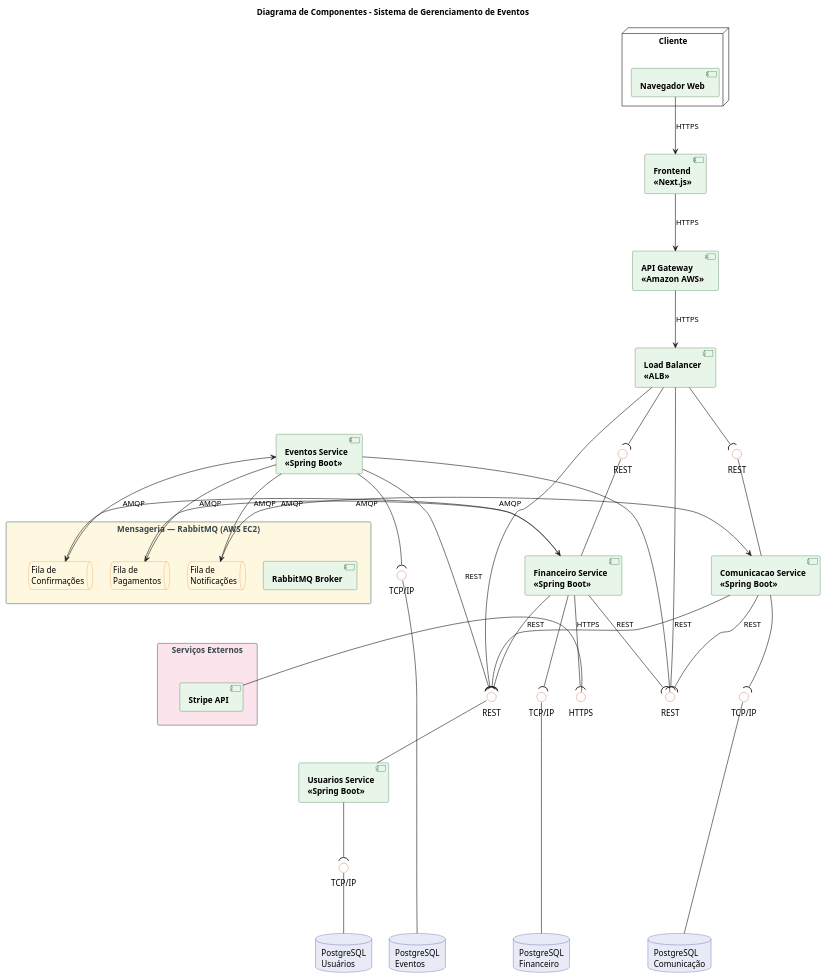
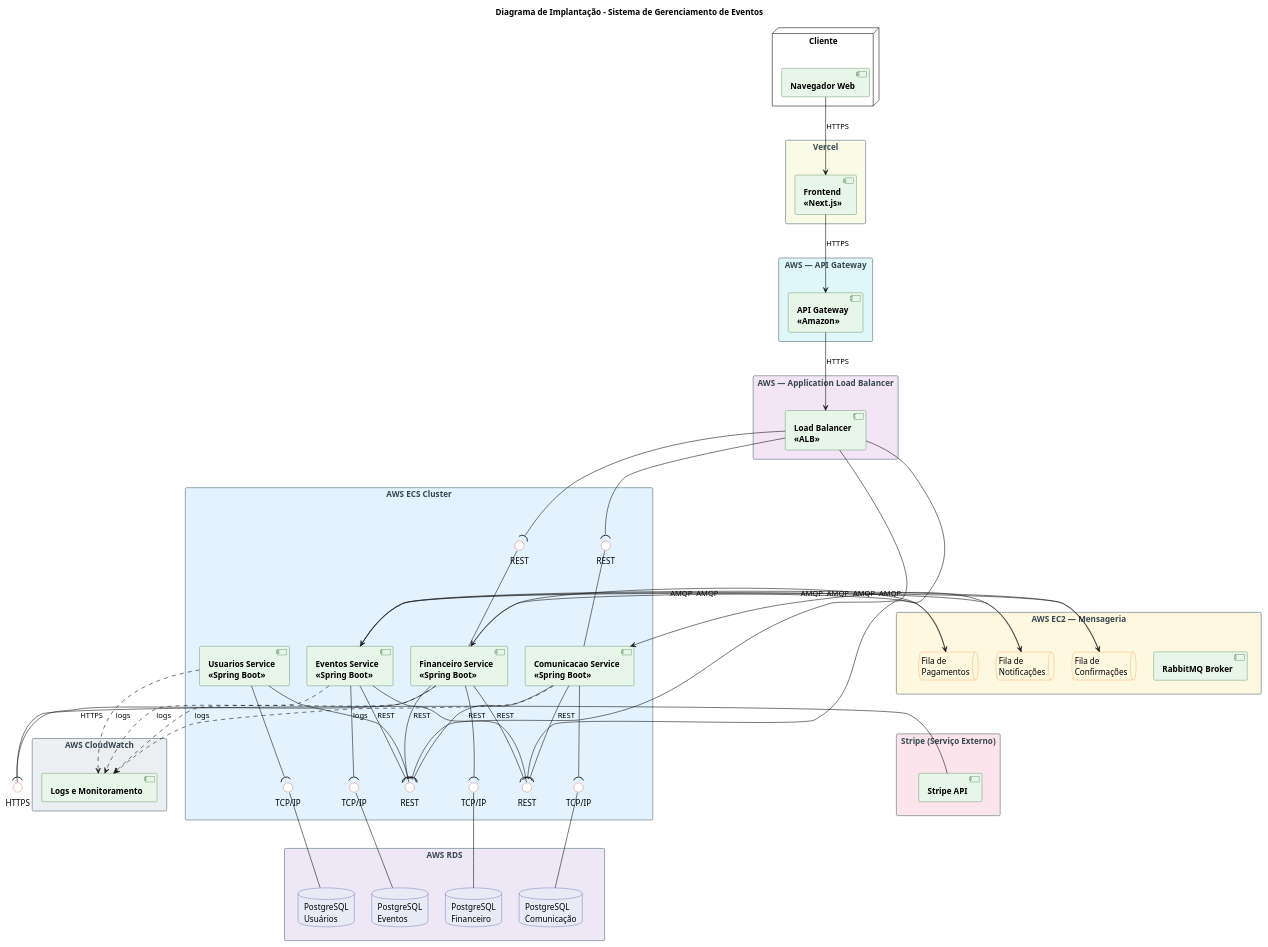
One commit to arturbomtempo-learning/software-project-final-work changed the diagram in codes/deployment-diagram/deployment-diagram.puml. Above: the diagram before and after it, drawn with PlantUML. The commit also changed 5 other files, not shown here.

```diff
--- a/codes/deployment-diagram/deployment-diagram.puml
+++ b/codes/deployment-diagram/deployment-diagram.puml
@@ -1,130 +1,151 @@
-@startuml component-diagram
+@startuml implantation-diagram
 
-title Diagrama de Componentes - Sistema de Gerenciamento de Eventos
+title Diagrama de Implantação - Sistema de Gerenciamento de Eventos
 
 skinparam nodesep 30
 skinparam ranksep 80
 
 skinparam component {
   BackgroundColor #E8F5E9
   BorderColor #1B5E20
   FontStyle bold
 }
 
 skinparam database {
   BackgroundColor #E8EAF6
   BorderColor #283593
 }
 
 skinparam interface {
   BackgroundColor #FFFFFF
   BorderColor #BF360C
 }
 
 skinparam queue {
   BackgroundColor #FFF8E1
   BorderColor #F57F17
 }
 
 skinparam rectangle {
   BorderColor #546E7A
   FontColor #37474F
 }
 
 node "Cliente" {
     [Navegador Web] as WEB
 }
 
-[Frontend\n<<Next.js>>] as FRONT
+rectangle "Vercel" as VERCEL #F9FBE7 {
+    [Frontend\n<<Next.js>>] as FRONT
+}
 
 WEB --> FRONT : HTTPS
 
-[API Gateway\n<<Amazon AWS>>] as APIGW
+rectangle "AWS — API Gateway" as AWSGW #E0F7FA {
+    [API Gateway\n<<Amazon>>] as APIGW
+}
 
 FRONT --> APIGW : HTTPS
 
-[Load Balancer\n<<ALB>>] as ALB
+rectangle "AWS — Application Load Balancer" as AWSALB #F3E5F5 {
+    [Load Balancer\n<<ALB>>] as ALB
+}
 
 APIGW --> ALB : HTTPS
 
-interface "REST" as iUSER
-interface "REST" as iEVENTS
-interface "REST" as iFIN
-interface "REST" as iCOMM
+rectangle "AWS ECS Cluster" as ECS #E3F2FD {
 
-ALB --( iUSER
-ALB --( iEVENTS
-ALB --( iFIN
-ALB --( iCOMM
+    interface "REST" as iUSER
+    interface "REST" as iEVENTS
+    interface "REST" as iFIN
+    interface "REST" as iCOMM
 
-[Usuarios Service\n<<Spring Boot>>]    as USERS
-[Eventos Service\n<<Spring Boot>>]     as EVENTS
-[Financeiro Service\n<<Spring Boot>>]  as FIN
-[Comunicacao Service\n<<Spring Boot>>] as COMM
+    ALB --( iUSER
+    ALB --( iEVENTS
+    ALB --( iFIN
+    ALB --( iCOMM
 
-USERS  -up- iUSER
-EVENTS -up- iEVENTS
-FIN    -up- iFIN
-COMM   -up- iCOMM
+    [Usuarios Service\n<<Spring Boot>>]    as USERS
+    [Eventos Service\n<<Spring Boot>>]     as EVENTS
+    [Financeiro Service\n<<Spring Boot>>]  as FIN
+    [Comunicacao Service\n<<Spring Boot>>] as COMM
 
-EVENTS --( iUSER   : REST
-FIN    --( iUSER   : REST
-COMM   --( iUSER   : REST
-FIN    --( iEVENTS : REST
-COMM   --( iEVENTS : REST
+    USERS  -up- iUSER
+    EVENTS -up- iEVENTS
+    FIN    -up- iFIN
+    COMM   -up- iCOMM
 
-interface "TCP/IP" as iDB1
-interface "TCP/IP" as iDB2
-interface "TCP/IP" as iDB3
-interface "TCP/IP" as iDB4
+    EVENTS --( iUSER   : REST
+    FIN    --( iUSER   : REST
+    COMM   --( iUSER   : REST
+    FIN    --( iEVENTS : REST
+    COMM   --( iEVENTS : REST
 
-USERS  --( iDB1
-EVENTS --( iDB2
-FIN    --( iDB3
-COMM   --( iDB4
+    interface "TCP/IP" as iDB1
+    interface "TCP/IP" as iDB2
+    interface "TCP/IP" as iDB3
+    interface "TCP/IP" as iDB4
 
-database "PostgreSQL\nUsuários"    as DB1
-database "PostgreSQL\nEventos"     as DB2
-database "PostgreSQL\nFinanceiro"  as DB3
-database "PostgreSQL\nComunicação" as DB4
+    USERS  --( iDB1
+    EVENTS --( iDB2
+    FIN    --( iDB3
+    COMM   --( iDB4
+
+    USERS  -[hidden]right- EVENTS
+    EVENTS -[hidden]right- FIN
+    FIN    -[hidden]right- COMM
+}
+
+rectangle "AWS RDS" as RDS #EDE7F6 {
+    database "PostgreSQL\nUsuários"    as DB1
+    database "PostgreSQL\nEventos"     as DB2
+    database "PostgreSQL\nFinanceiro"  as DB3
+    database "PostgreSQL\nComunicação" as DB4
+
+    DB1 -[hidden]right- DB2
+    DB2 -[hidden]right- DB3
+    DB3 -[hidden]right- DB4
+}
 
 iDB1 -down- DB1
 iDB2 -down- DB2
 iDB3 -down- DB3
 iDB4 -down- DB4
 
-rectangle "Mensageria — RabbitMQ (AWS EC2)" as MQ #FFF8E1 {
+rectangle "AWS EC2 — Mensageria" as EC2 #FFF8E1 {
     [RabbitMQ Broker] as RABBIT
     queue "Fila de\nPagamentos"   as Q_PAY
     queue "Fila de\nConfirmações" as Q_CONF
     queue "Fila de\nNotificações" as Q_NOTIF
 }
 
 EVENTS --> Q_PAY   : AMQP
 Q_PAY  --> FIN     : AMQP
 FIN    --> Q_CONF  : AMQP
 Q_CONF --> EVENTS  : AMQP
 EVENTS --> Q_NOTIF : AMQP
 Q_NOTIF --> COMM   : AMQP
 
-rectangle "Serviços Externos" as EXT #FCE4EC {
+rectangle "Stripe (Serviço Externo)" as EXT #FCE4EC {
     [Stripe API] as STRIPE
 }
 
 interface "HTTPS" as iSTRIPE
 
 STRIPE  -left- iSTRIPE
 FIN    --( iSTRIPE : HTTPS
 
-USERS  -[hidden]right- EVENTS
-EVENTS -[hidden]right- FIN
-FIN    -[hidden]right- COMM
+rectangle "AWS CloudWatch" as CW #ECEFF1 {
+    [Logs e Monitoramento] as CLOUDWATCH
+}
 
-DB1 -[hidden]right- DB2
-DB2 -[hidden]right- DB3
-DB3 -[hidden]right- DB4
+USERS  ..> CLOUDWATCH : logs
+EVENTS ..> CLOUDWATCH : logs
+FIN    ..> CLOUDWATCH : logs
+COMM   ..> CLOUDWATCH : logs
 
-COMM -[hidden]right- MQ
-MQ   -[hidden]down-  EXT
+ECS  -[hidden]down-  RDS
+COMM -[hidden]right- EC2
+EC2  -[hidden]down-  EXT
 
 @enduml
```
